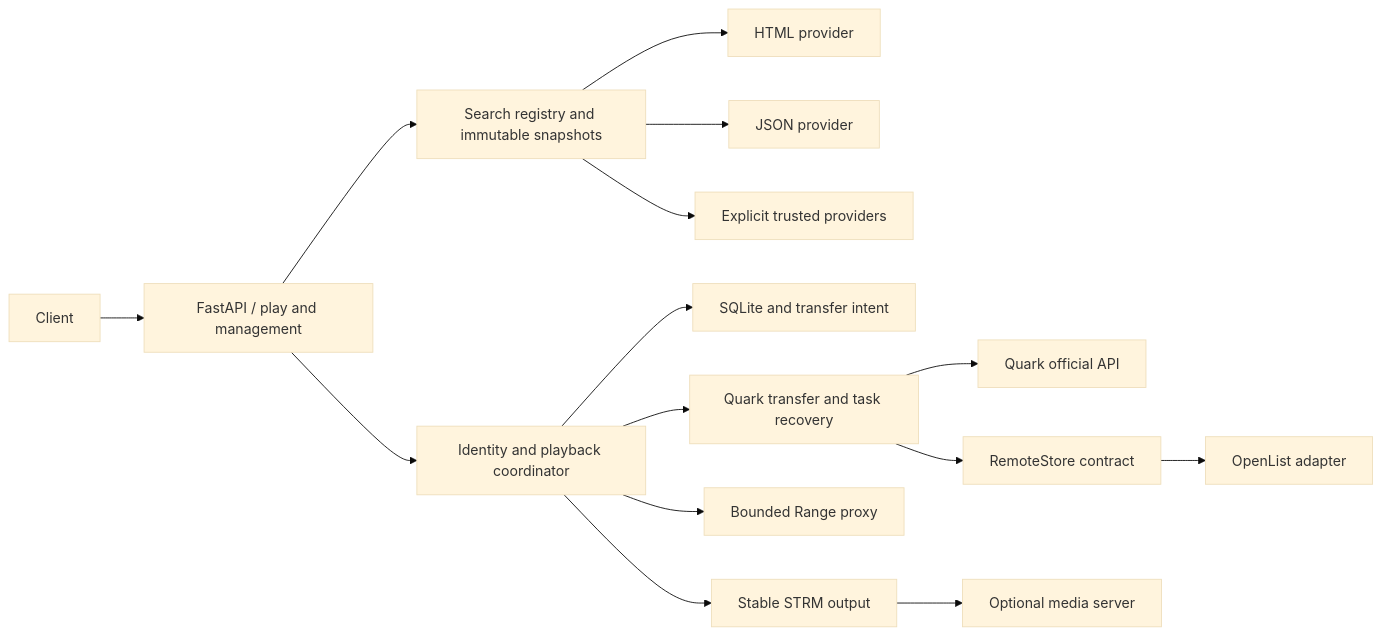
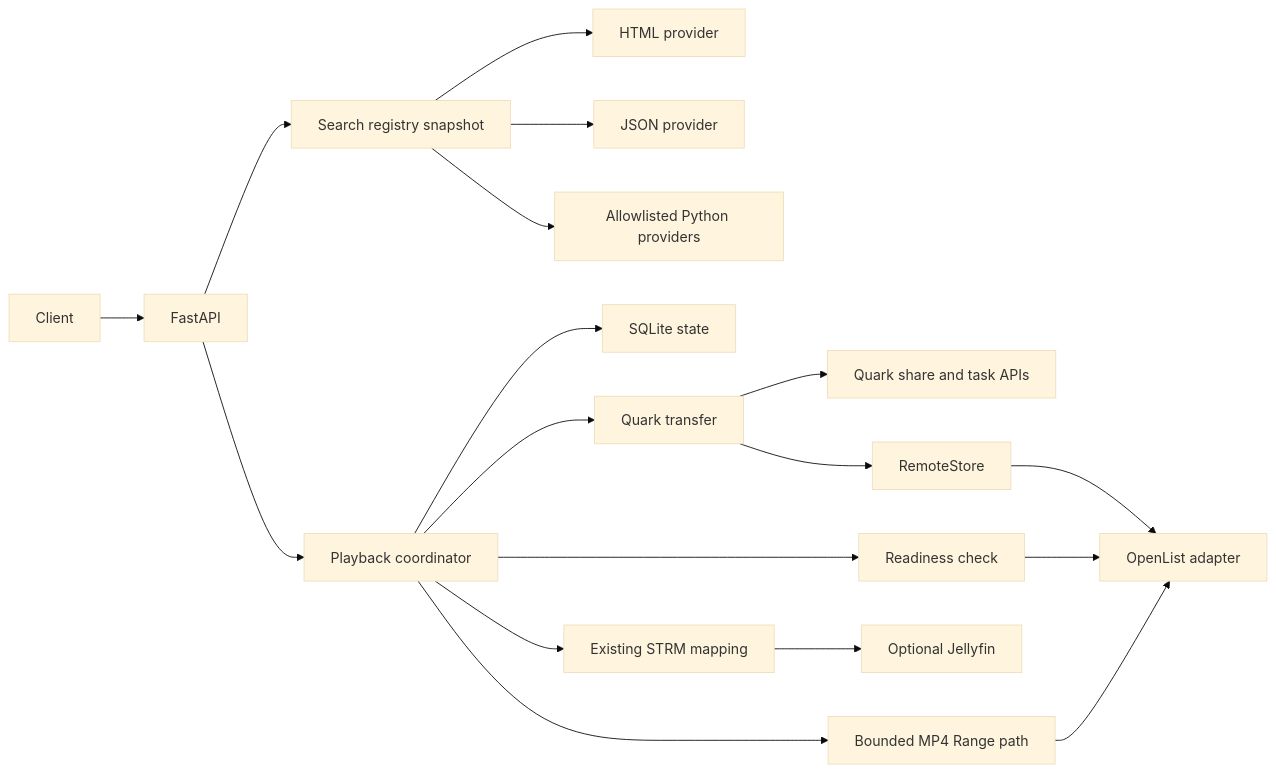
One commit to gnod-x/quark-vod changed the diagram in docs/architecture.md. Above: the diagram before and after it, drawn with Mermaid (base theme). The commit also changed other lines of this file, not shown here.

Commit message:
docs: rewrite public architecture contract

````diff
--- a/docs/architecture.md
+++ b/docs/architecture.md
@@ -15,17 +8,20 @@
 ```mermaid
 flowchart LR
-    Client --> API[FastAPI / play and management]
-    API --> Search[Search registry and immutable snapshots]
+    Client --> API[FastAPI]
+    API --> Search[Search registry snapshot]
     Search --> HTML[HTML provider]
     Search --> JSON[JSON provider]
-    Search --> Custom[Explicit trusted providers]
-    API --> Work[Identity and playback coordinator]
-    Work --> State[SQLite and transfer intent]
-    Work --> Transfer[Quark transfer and task recovery]
-    Transfer --> Quark[Quark official API]
-    Transfer --> Store[RemoteStore contract]
+    Search --> Trusted[Allowlisted Python providers]
+    API --> Resolve[Playback coordinator]
+    Resolve --> State[SQLite state]
+    Resolve --> Transfer[Quark transfer]
+    Transfer --> Quark[Quark share and task APIs]
+    Transfer --> Store[RemoteStore]
     Store --> OpenList[OpenList adapter]
-    Work --> Range[Bounded Range proxy]
-    Work --> STRM[Stable STRM output]
-    STRM --> Media[Optional media server]
+    Resolve --> Ready[Readiness check]
+    Ready --> OpenList
+    Resolve --> STRM[Existing STRM mapping]
+    STRM --> Jellyfin[Optional Jellyfin]
+    Resolve --> Range[Bounded MP4 Range path]
+    Range --> OpenList
 ```
````
